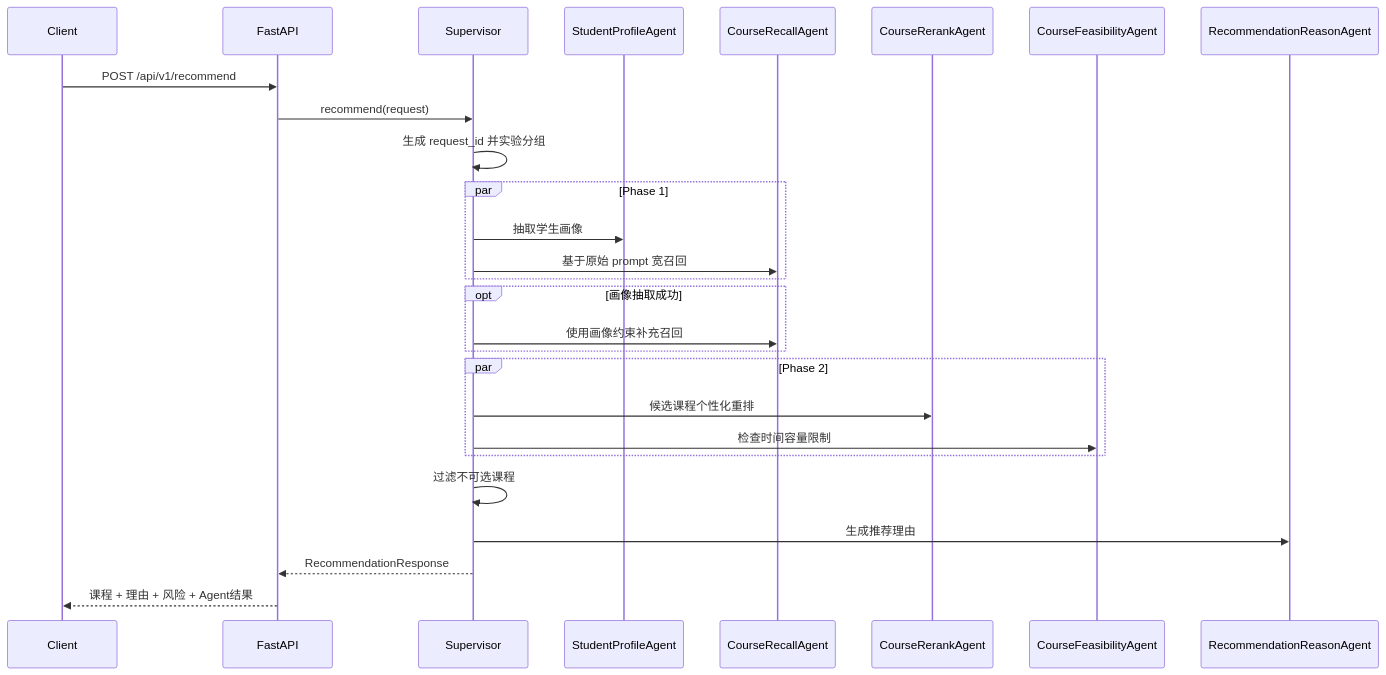
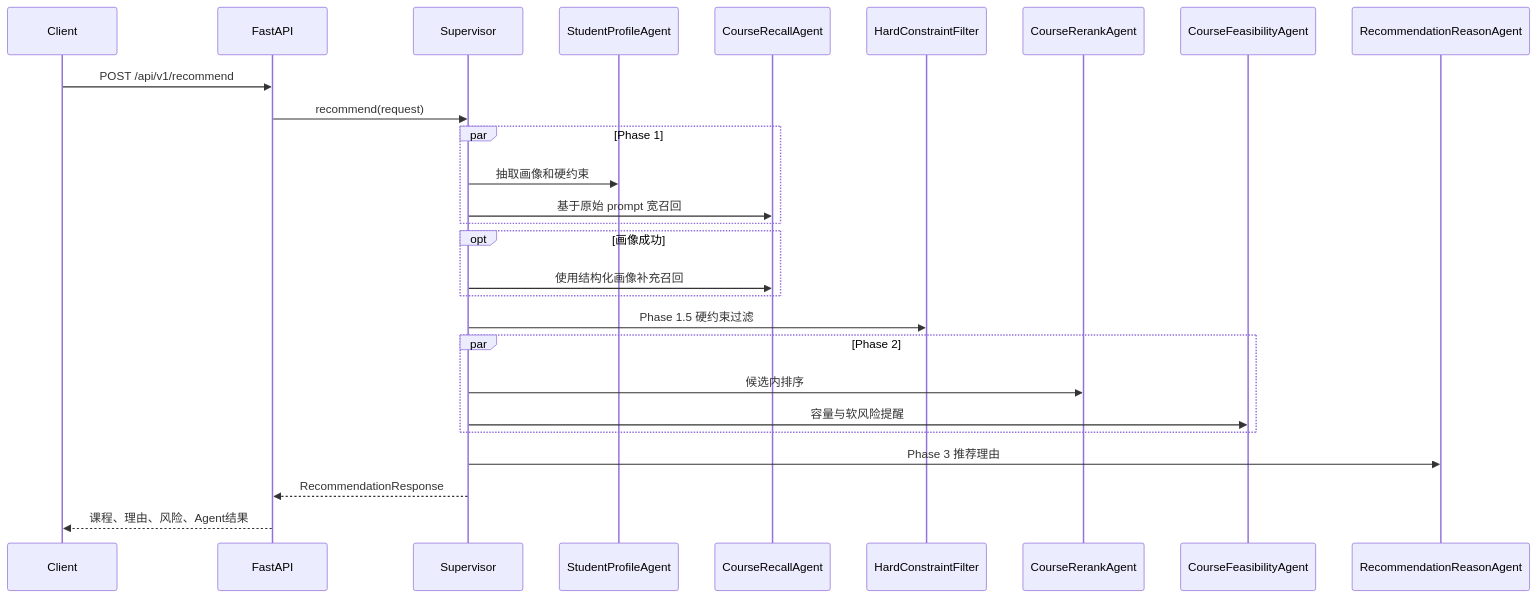
One commit to UNCEIR/multi-agent-course-system changed the second of 2 diagrams in docs/architecture.md. Above: the diagram before and after it, drawn with Mermaid. The commit also changed other lines of this file and 9 other files, not shown here.

````diff
--- a/docs/architecture.md
+++ b/docs/architecture.md
@@ -83,30 +75,30 @@
 ```mermaid
 sequenceDiagram
     participant Client as Client
     participant API as FastAPI
     participant Supervisor as Supervisor
     participant Profile as StudentProfileAgent
     participant Recall as CourseRecallAgent
+    participant Hard as HardConstraintFilter
     participant Rerank as CourseRerankAgent
     participant Feasibility as CourseFeasibilityAgent
     participant Reason as RecommendationReasonAgent
 
     Client->>API: POST /api/v1/recommend
     API->>Supervisor: recommend(request)
-    Supervisor->>Supervisor: 生成 request_id 并实验分组
     par Phase 1
-        Supervisor->>Profile: 抽取学生画像
+        Supervisor->>Profile: 抽取画像和硬约束
         Supervisor->>Recall: 基于原始 prompt 宽召回
     end
-    opt 画像抽取成功
-        Supervisor->>Recall: 使用画像约束补充召回
+    opt 画像成功
+        Supervisor->>Recall: 使用结构化画像补充召回
     end
+    Supervisor->>Hard: Phase 1.5 硬约束过滤
     par Phase 2
-        Supervisor->>Rerank: 候选课程个性化重排
-        Supervisor->>Feasibility: 检查时间容量限制
+        Supervisor->>Rerank: 候选内排序
+        Supervisor->>Feasibility: 容量与软风险提醒
     end
-    Supervisor->>Supervisor: 过滤不可选课程
-    Supervisor->>Reason: 生成推荐理由
+    Supervisor->>Reason: Phase 3 推荐理由
     Supervisor-->>API: RecommendationResponse
-    API-->>Client: 课程 + 理由 + 风险 + Agent结果
+    API-->>Client: 课程、理由、风险、Agent结果
 ```
````
